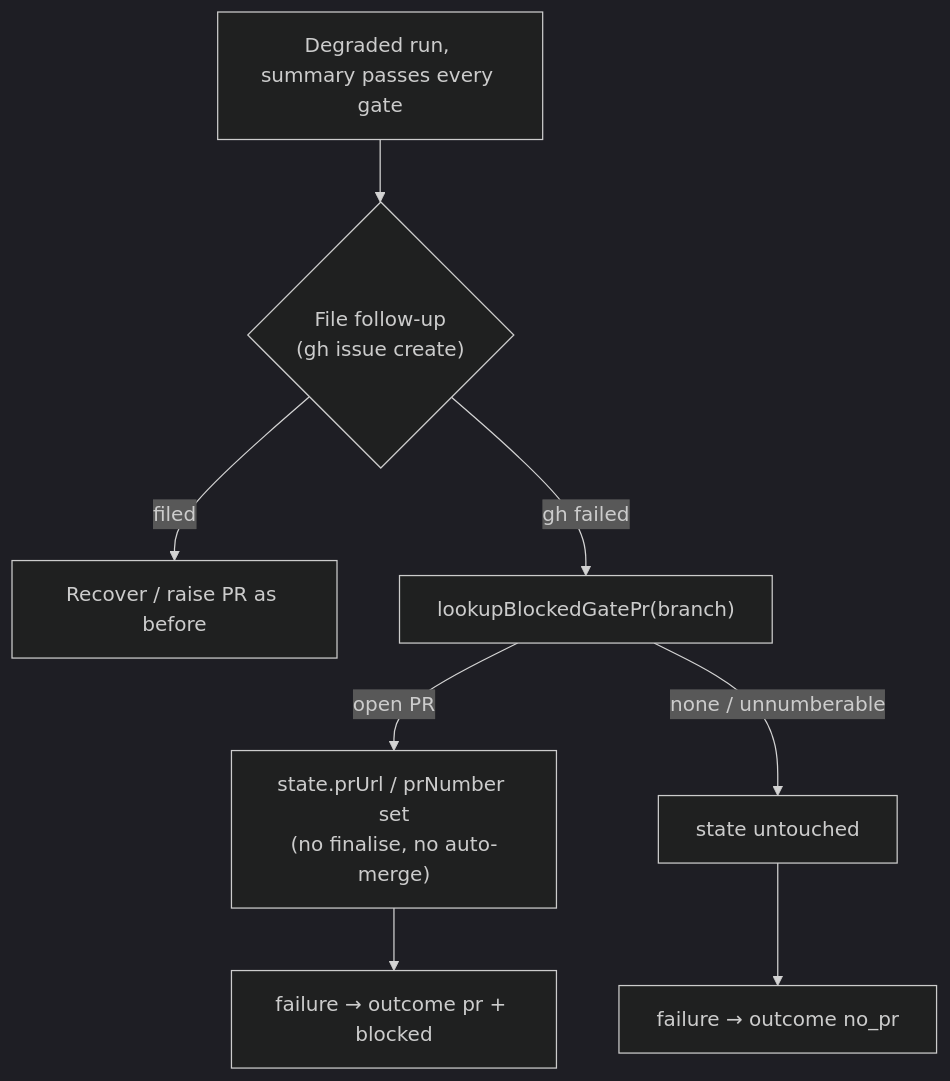
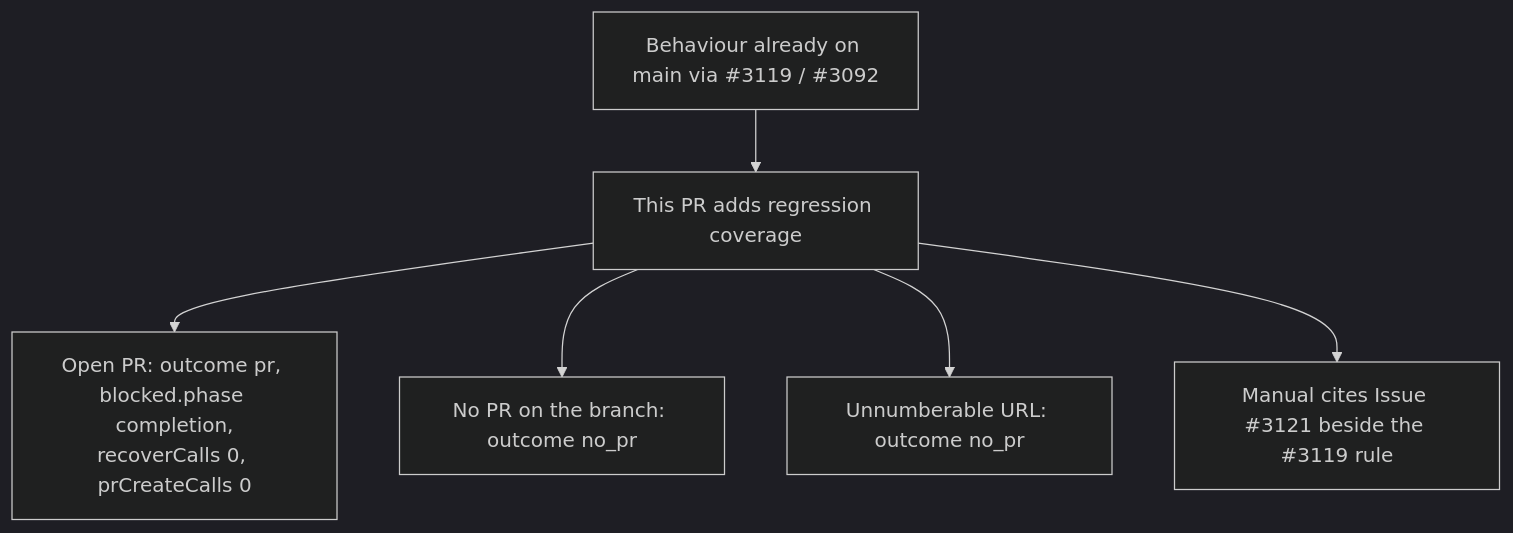
The diagram in docs/archive/pr-summaries/pr-summary-3121.md (stSoftwareAU/VibeCoder), drawn with Mermaid (dark theme) before and after one commit. The commit also changed other lines of this file, not shown here.

Commit message:
Describe the Issue #3121 pull request as regression coverage, not a second lookup (Issue #3121).

````diff
--- a/docs/archive/pr-summaries/pr-summary-3121.md
+++ b/docs/archive/pr-summaries/pr-summary-3121.md
@@ -37,10 +42,8 @@
 ```mermaid
 flowchart TD
-    D["Degraded run, summary passes every gate"] --> F{"File follow-up<br/>(gh issue create)"}
-    F -- filed --> P["Recover / raise PR as before"]
-    F -- "gh failed" --> L["lookupBlockedGatePr(branch)"]
-    L -- "open PR" --> S["state.prUrl / prNumber set<br/>(no finalise, no auto-merge)"]
-    L -- "none / unnumberable" --> N["state untouched"]
-    S --> R1["failure → outcome pr + blocked"]
-    N --> R2["failure → outcome no_pr"]
+  M["Behaviour already on main via #3119 / #3092"] --> T["This PR adds regression coverage"]
+  T --> A["Open PR: outcome pr, blocked.phase completion,<br/>recoverCalls 0, prCreateCalls 0"]
+  T --> B["No PR on the branch: outcome no_pr"]
+  T --> C["Unnumberable URL: outcome no_pr"]
+  T --> D["Manual cites Issue #3121 beside the #3119 rule"]
 ```
````
